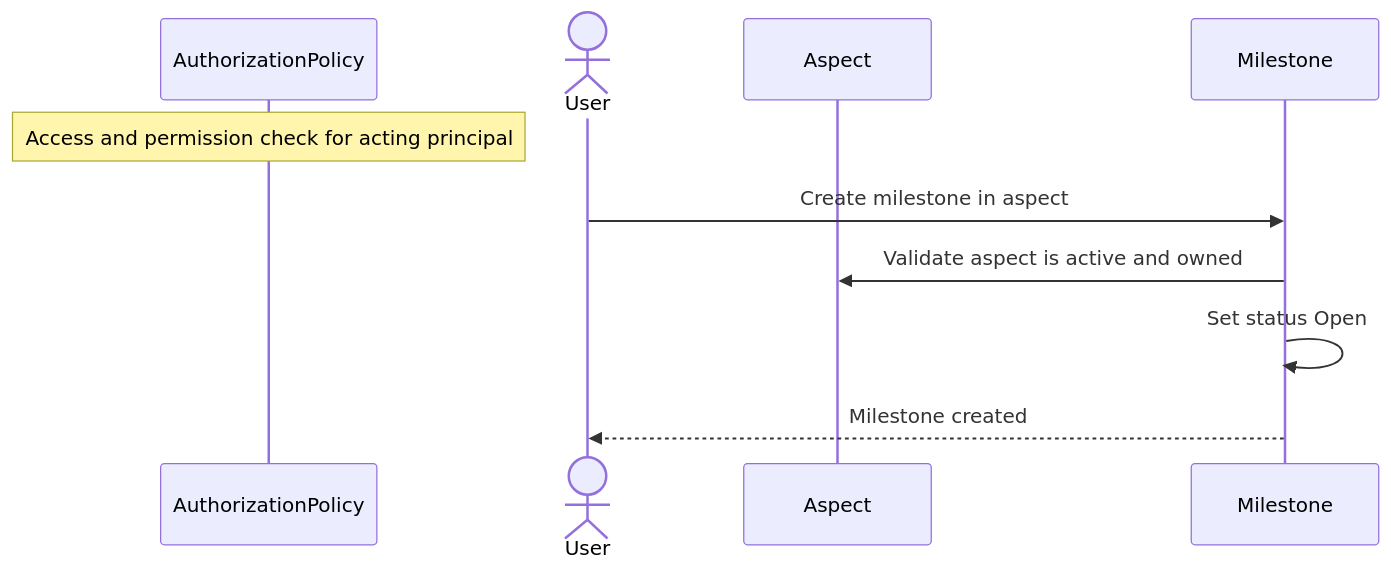
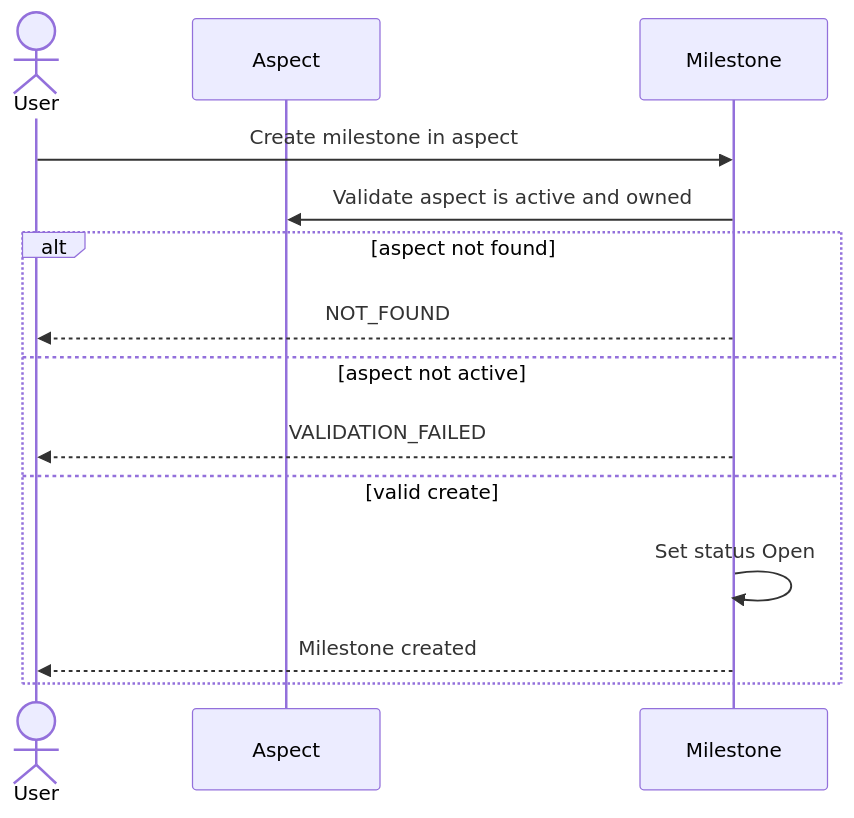
Before and after one commit to ChidiRnweke/margin: the seventh of 13 diagrams in architecture/sequence-diagrams/02-aspects-milestones.md, drawn with Mermaid. The commit also changed other lines of this file and 12 other files, not shown here.

Commit message:
Enhance sequence diagrams and introduce traceability matrix

````diff
--- a/architecture/sequence-diagrams/02-aspects-milestones.md
+++ b/architecture/sequence-diagrams/02-aspects-milestones.md
@@ -104,12 +142,16 @@
 ```mermaid
 sequenceDiagram
-    participant G as AuthorizationPolicy
-    Note over G: Access and permission check for acting principal
     actor U as User
     participant A as Aspect
     participant M as Milestone
     U->>M: Create milestone in aspect
     M->>A: Validate aspect is active and owned
-    M->>M: Set status Open
-    M-->>U: Milestone created
+    alt aspect not found
+        M-->>U: NOT_FOUND
+    else aspect not active
+        M-->>U: VALIDATION_FAILED
+    else valid create
+        M->>M: Set status Open
+        M-->>U: Milestone created
+    end
 ```
````
